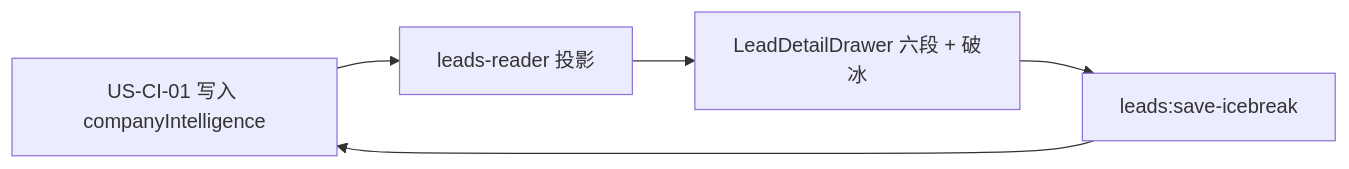
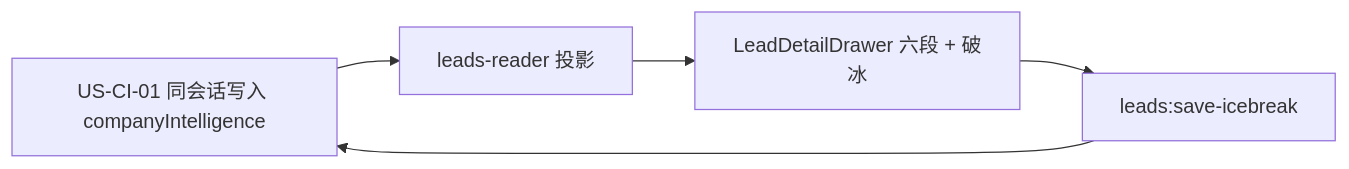
One commit to Pedro-MAFS/ftcs changed the diagram in docs/design/US-CI-02-线索页画像展示与破冰改稿.md. Above: the diagram before and after it, drawn with Mermaid. The commit also changed other lines of this file and 1 other file, not shown here.

Commit message:
docs(design): write company intelligence in the explore session

````diff
--- a/docs/design/US-CI-02-线索页画像展示与破冰改稿.md
+++ b/docs/design/US-CI-02-线索页画像展示与破冰改稿.md
@@ -40,12 +42,12 @@
 ```mermaid
 flowchart LR
-  CI01[US-CI-01 写入 companyIntelligence]
+  CI01[US-CI-01 同会话写入 companyIntelligence]
   Reader[leads-reader 投影]
   Drawer[LeadDetailDrawer 六段 + 破冰]
   IPC[leads:save-icebreak]
 
   CI01 --> Reader
   Reader --> Drawer
   Drawer --> IPC
   IPC --> CI01
 ```
````
